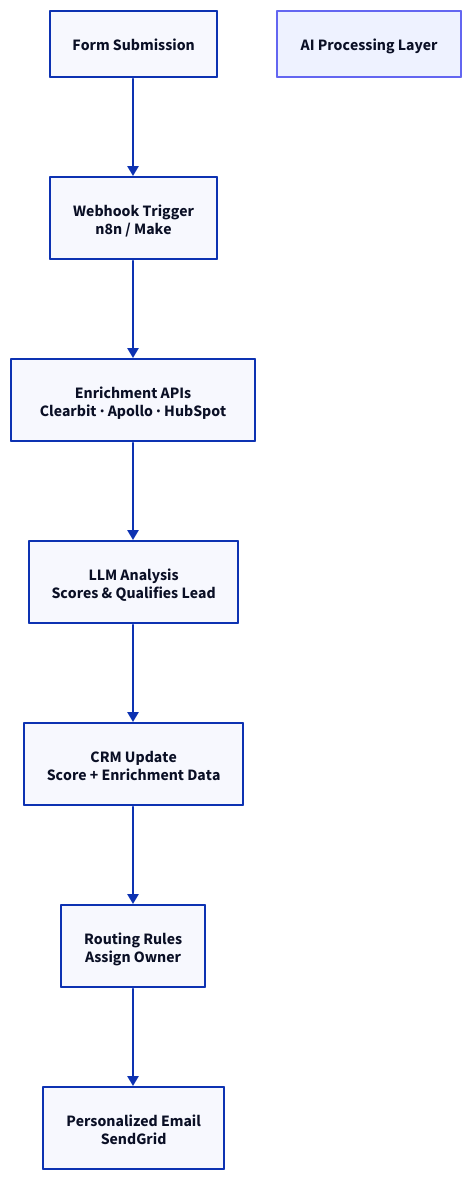
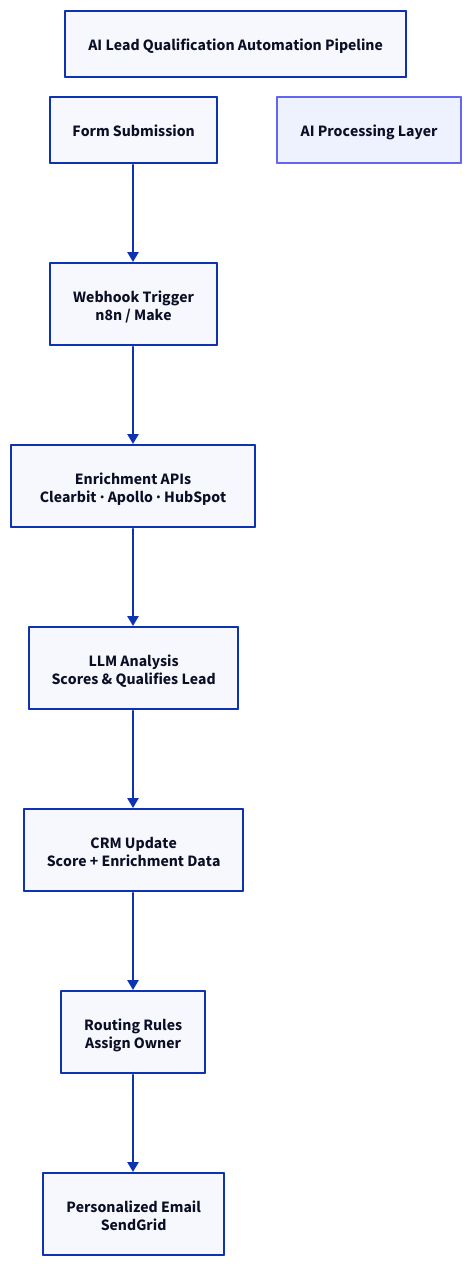
The diagram in src/content/blog/how-to-automate-lead-qualification-with-ai.mdx (AR10Dev/ar10dev.github.io), drawn with D2 before and after one commit. The commit also changed other lines of this file and 4 other files, not shown here.

Commit message:
feat: add favicon.svg and enhance blog post architecture visuals with figures and captions

````diff
--- a/src/content/blog/how-to-automate-lead-qualification-with-ai.mdx
+++ b/src/content/blog/how-to-automate-lead-qualification-with-ai.mdx
@@ -92,38 +94,39 @@
 ```d2
+title: "AI Lead Qualification Automation Pipeline" { near: top-center }
 direction: down
 
 form: "Form Submission" {
   shape: rectangle
 }
 
 webhook: "Webhook Trigger\nn8n / Make" {
   shape: rectangle
 }
 
 enrichment: "Enrichment APIs\nClearbit · Apollo · HubSpot" {
   shape: rectangle
 }
 
 llm: "LLM Analysis\nScores & Qualifies Lead" {
   shape: rectangle
 }
 
 crm: "CRM Update\nScore + Enrichment Data" {
   shape: rectangle
 }
 
 routing: "Routing Rules\nAssign Owner" {
   shape: rectangle
 }
 
 email: "Personalized Email\nSendGrid" {
   shape: rectangle
 }
 
 form -> webhook -> enrichment -> llm -> crm -> routing -> email
 
 ai_layer: "AI Processing Layer" {
   style.stroke: "#6366f1"
   style.fill: "#eef2ff"
 }
 ```
````
